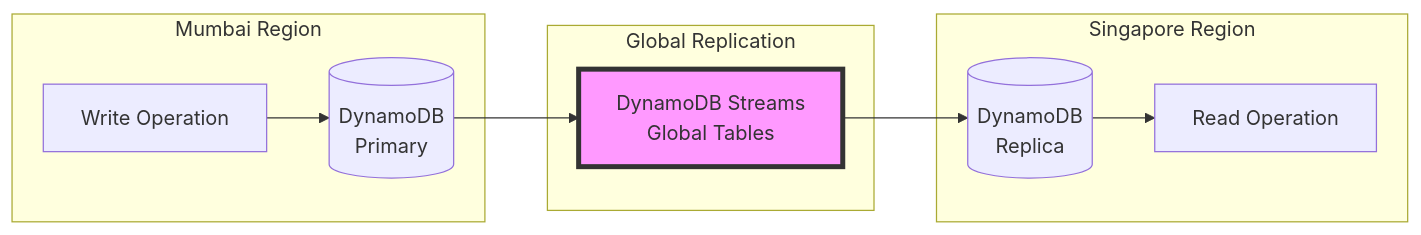
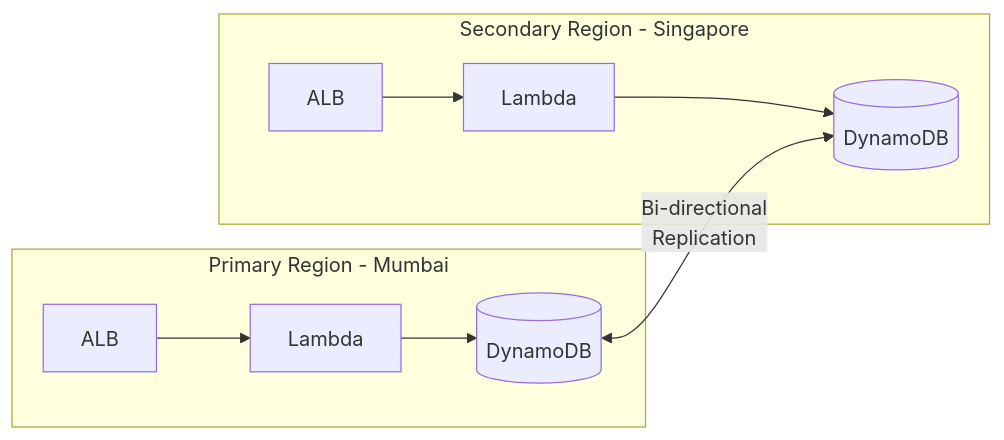
The third of 3 diagrams in README.md (pravindev666/Multi-Region-Active-Disaster-Recovery), drawn with Mermaid before and after one commit. The commit also changed other lines of this file, not shown here.

````diff
--- a/README.md
+++ b/README.md
@@ -99,23 +111,21 @@
 ```mermaid
-graph LR
-    subgraph "Mumbai Region"
-        W1[Write Operation]
-        DDB1[(DynamoDB<br/>Primary)]
+flowchart LR
+    subgraph Primary["Primary Region - Mumbai"]
+        P_ALB[ALB]
+        P_Lambda[Lambda]
+        P_DDB[(DynamoDB)]
     end
     
-    subgraph "Global Replication"
-        REP[DynamoDB Streams<br/>Global Tables]
+    subgraph Secondary["Secondary Region - Singapore"]
+        S_ALB[ALB]
+        S_Lambda[Lambda]
+        S_DDB[(DynamoDB)]
     end
     
-    subgraph "Singapore Region"
-        DDB2[(DynamoDB<br/>Replica)]
-        R2[Read Operation]
-    end
+    P_ALB --> P_Lambda
+    P_Lambda --> P_DDB
+    S_ALB --> S_Lambda
+    S_Lambda --> S_DDB
     
-    W1 --> DDB1
-    DDB1 --> REP
-    REP --> DDB2
-    DDB2 --> R2
-    
-    style REP fill:#f9f,stroke:#333,stroke-width:4px
+    P_DDB <-->|Bi-directional<br/>Replication| S_DDB
 ```
````
